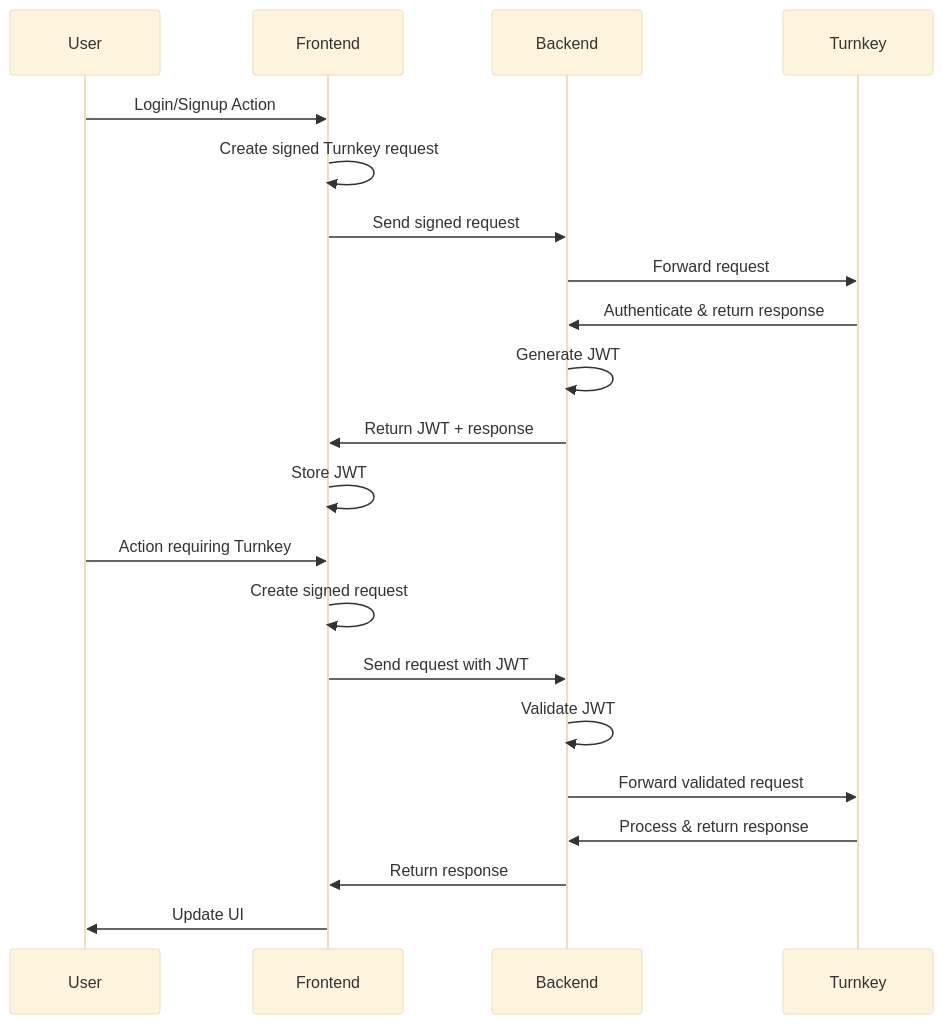
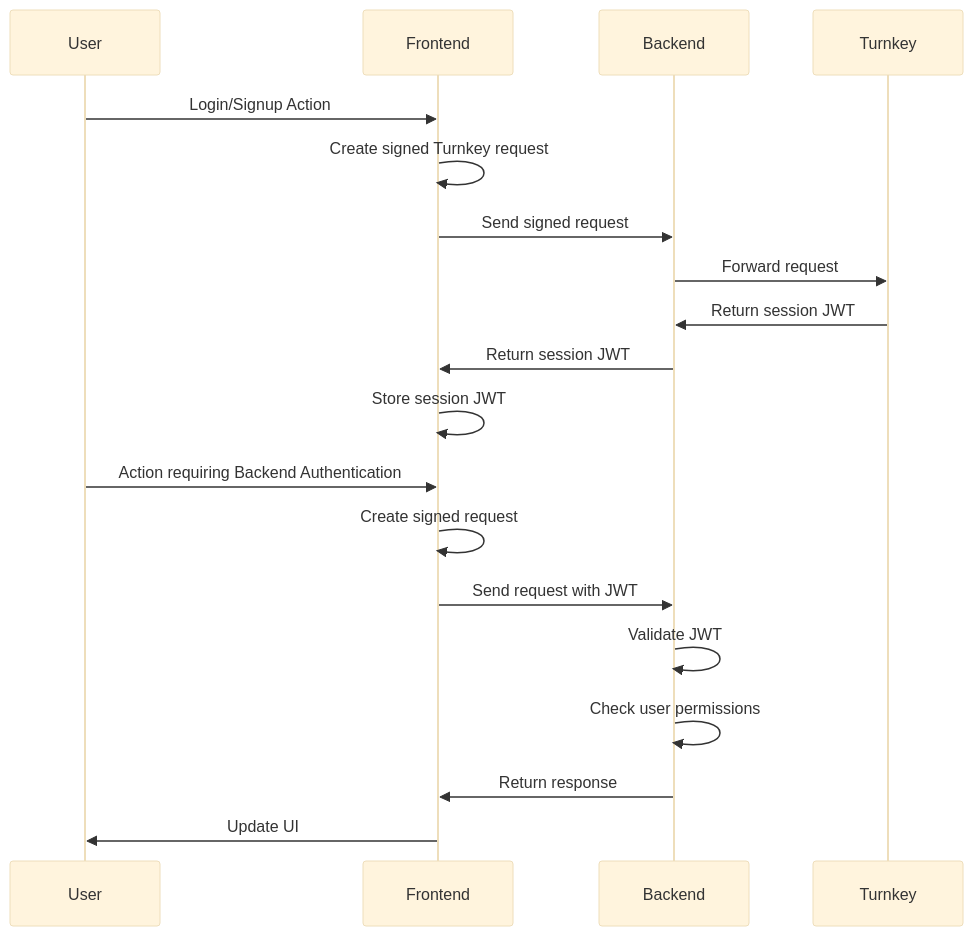
The first of 4 diagrams in authentication/backend-setup.mdx (tkhq/docs), drawn with Mermaid (base theme) before and after one commit. The commit also changed other lines of this file, not shown here.

Commit message:
updated guide for backend auth

````diff
--- a/authentication/backend-setup.mdx
+++ b/authentication/backend-setup.mdx
@@ -25,27 +23,25 @@
 ```mermaid
 sequenceDiagram
     participant User
     participant Frontend
     participant Backend
     participant Turnkey
 
     %% Login/Signup Flow
     User->>Frontend: Login/Signup Action
     Frontend->>Frontend: Create signed Turnkey request
     Frontend->>Backend: Send signed request
     Backend->>Turnkey: Forward request
-    Turnkey->>Backend: Authenticate & return response
-    Backend->>Backend: Generate JWT
-    Backend->>Frontend: Return JWT + response
-    Frontend->>Frontend: Store JWT
+    Turnkey->>Backend: Return session JWT
+    Backend->>Frontend: Return session JWT
+    Frontend->>Frontend: Store session JWT
 
     %% Subsequent Request Flow
-    User->>Frontend: Action requiring Turnkey
+    User->>Frontend: Action requiring Backend Authentication
     Frontend->>Frontend: Create signed request
     Frontend->>Backend: Send request with JWT
     Backend->>Backend: Validate JWT
-    Backend->>Turnkey: Forward validated request
-    Turnkey->>Backend: Process & return response
+    Backend->>Backend: Check user permissions
     Backend->>Frontend: Return response
     Frontend->>User: Update UI
 ```
````
